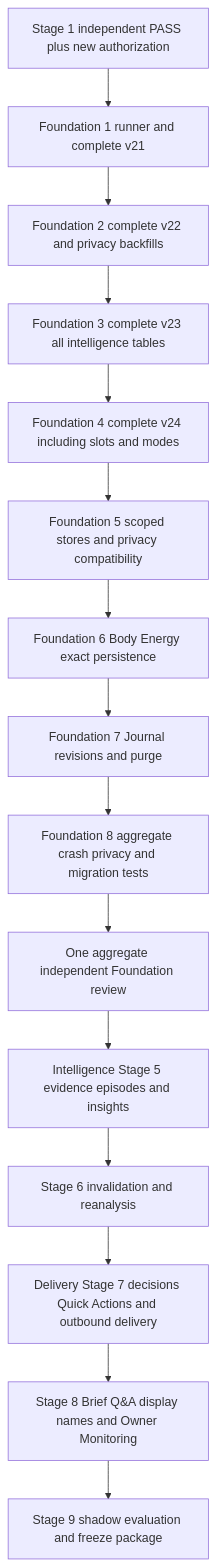
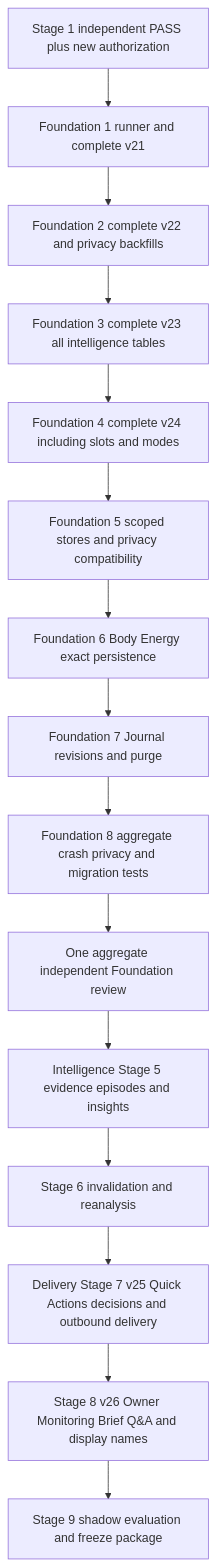
The sixth of 6 diagrams in docs/phase4-architecture.md (enjoyfulwen0204-eng/whoop-briefing), drawn with Mermaid before and after one commit. The commit also changed other lines of this file and 1 other file, not shown here.

```diff
--- a/docs/phase4-architecture.md
+++ b/docs/phase4-architecture.md
@@ -3499,17 +3560,17 @@
 ~~~mermaid
 flowchart TD
     S1[Stage 1 independent PASS plus new authorization] --> F1[Foundation 1 runner and complete v21]
     F1 --> F2[Foundation 2 complete v22 and privacy backfills]
     F2 --> F3[Foundation 3 complete v23 all intelligence tables]
     F3 --> F4[Foundation 4 complete v24 including slots and modes]
     F4 --> F5[Foundation 5 scoped stores and privacy compatibility]
     F5 --> F6[Foundation 6 Body Energy exact persistence]
     F6 --> F7[Foundation 7 Journal revisions and purge]
     F7 --> F8[Foundation 8 aggregate crash privacy and migration tests]
     F8 --> FG[One aggregate independent Foundation review]
     FG --> S5[Intelligence Stage 5 evidence episodes and insights]
     S5 --> S6[Stage 6 invalidation and reanalysis]
-    S6 --> S7[Delivery Stage 7 decisions Quick Actions and outbound delivery]
-    S7 --> S8[Stage 8 Brief Q&A display names and Owner Monitoring]
+    S6 --> S7[Delivery Stage 7 v25 Quick Actions decisions and outbound delivery]
+    S7 --> S8[Stage 8 v26 Owner Monitoring Brief Q&A and display names]
     S8 --> S9[Stage 9 shadow evaluation and freeze package]
 ~~~
```
